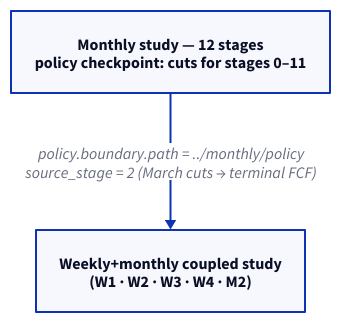
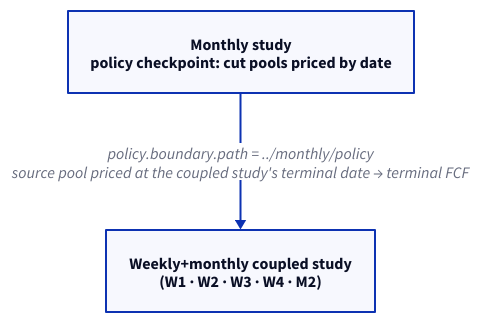
Before and after one commit to cobre-rs/cobre-docs: the diagram in src/content/docs/running/policy-management.mdx, drawn with D2. The commit also changed other lines of this file and 8 other files, not shown here.

First line of the commit message:
feat: complete epic epic-04-boundary-policy

````diff
--- a/src/content/docs/running/policy-management.mdx
+++ b/src/content/docs/running/policy-management.mdx
@@ -389,8 +446,8 @@
 ```d2
 direction: down
 
-monthly: "Monthly study — 12 stages\npolicy checkpoint: cuts for stages 0–11" {shape: rectangle}
+monthly: "Monthly study\npolicy checkpoint: cut pools priced by date" {shape: rectangle}
 coupled: "Weekly+monthly coupled study\n(W1 · W2 · W3 · W4 · M2)" {shape: rectangle}
 
-monthly -> coupled: "policy.boundary.path = ../monthly/policy\nsource_stage = 2  (March cuts → terminal FCF)"
+monthly -> coupled: "policy.boundary.path = ../monthly/policy\nsource pool priced at the coupled study's terminal date → terminal FCF"
 ```
````
